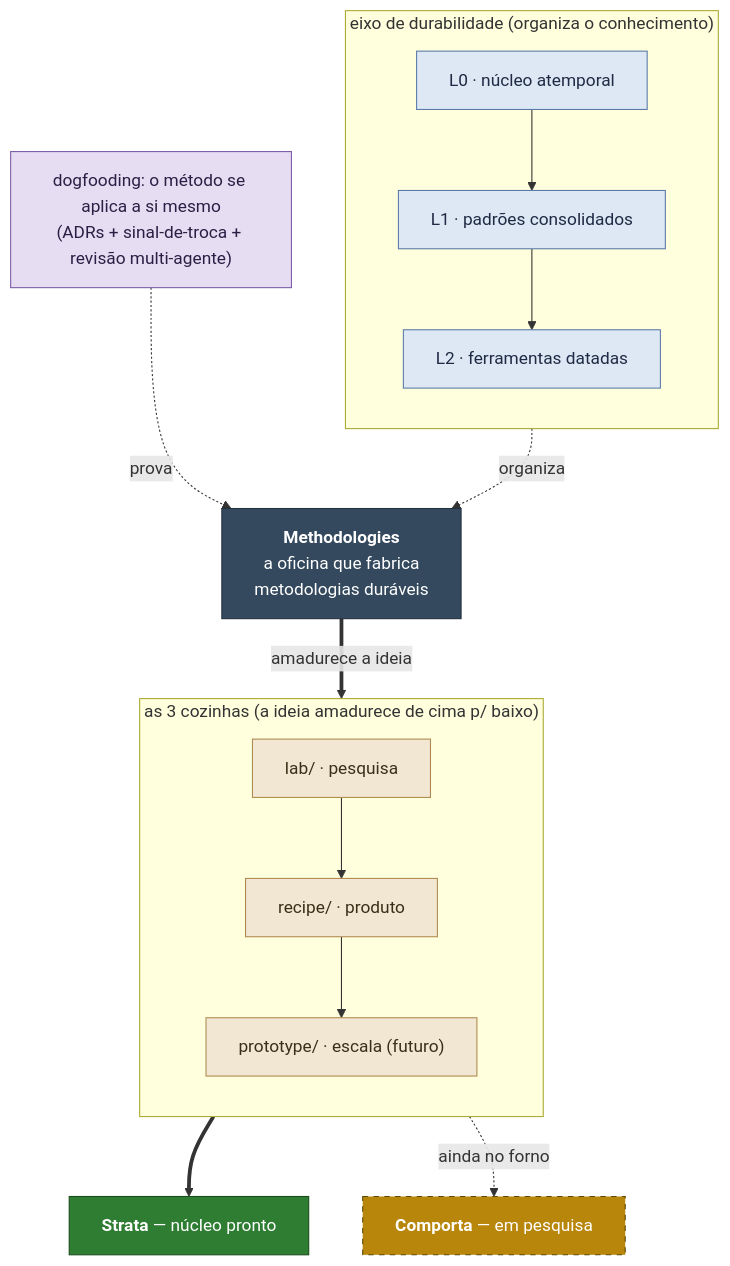
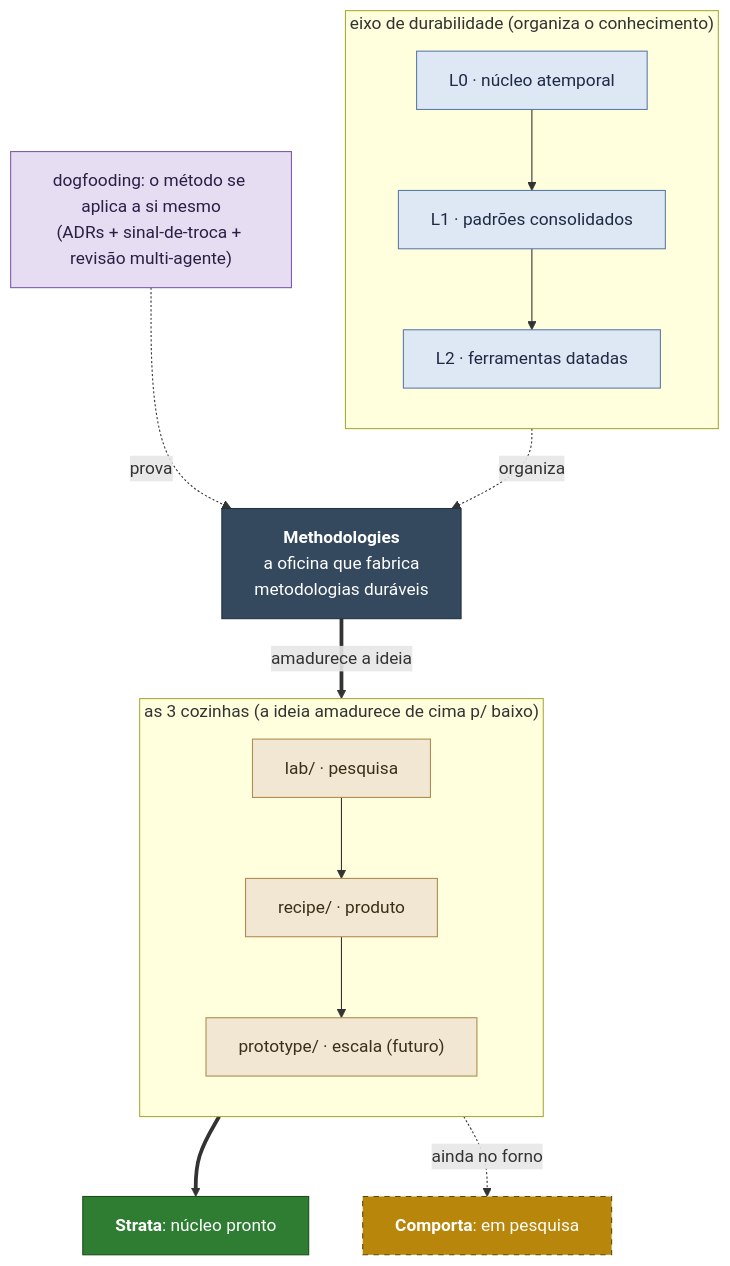
Before and after one commit to LeoPR/Methodologies: the diagram in README.pt-BR.md, drawn with Mermaid. The commit also changed other lines of this file and 5 other files, not shown here.

````diff
--- a/README.pt-BR.md
+++ b/README.pt-BR.md
@@ -95,35 +95,35 @@
 ```mermaid
 flowchart TB
     OFICINA["<b>Methodologies</b><br/>a oficina que fabrica<br/>metodologias duráveis"]
 
     subgraph DUR["eixo de durabilidade (organiza o conhecimento)"]
         direction TB
         L0["L0 · núcleo atemporal"] --> L1["L1 · padrões consolidados"] --> L2["L2 · ferramentas datadas"]
     end
 
     subgraph COZ["as 3 cozinhas (a ideia amadurece de cima p/ baixo)"]
         direction TB
         LAB["lab/ · pesquisa"] --> REC["recipe/ · produto"] --> PROTO["prototype/ · escala (futuro)"]
     end
 
     DOG["dogfooding: o método se aplica a si mesmo<br/>(ADRs + sinal-de-troca + revisão multi-agente)"]
 
     DUR -.->|organiza| OFICINA
     DOG -.->|prova| OFICINA
     OFICINA ==>|amadurece a ideia| COZ
-    REC ==> STRATA["<b>Strata</b> — núcleo pronto"]
-    LAB -.->|ainda no forno| ECON["<b>Comporta</b> — em pesquisa"]
+    REC ==> STRATA["<b>Strata</b>: núcleo pronto"]
+    LAB -.->|ainda no forno| ECON["<b>Comporta</b>: em pesquisa"]
 
     classDef hub fill:#34495e,stroke:#22303f,color:#ffffff;
     classDef dur fill:#dde8f4,stroke:#5b7aa8,color:#1f2a44;
     classDef coz fill:#f1e7d3,stroke:#b08a4f,color:#3a2f17;
     classDef dog fill:#e7ddf2,stroke:#7a5ba8,color:#2a1f44;
     classDef done fill:#2e7d32,stroke:#1b4d1b,color:#ffffff;
     classDef wip fill:#b8860b,stroke:#5c4900,color:#ffffff,stroke-dasharray:5 5;
     class OFICINA hub;
     class L0,L1,L2 dur;
     class LAB,REC,PROTO coz;
     class DOG dog;
     class STRATA done;
     class ECON wip;
 ```
````
